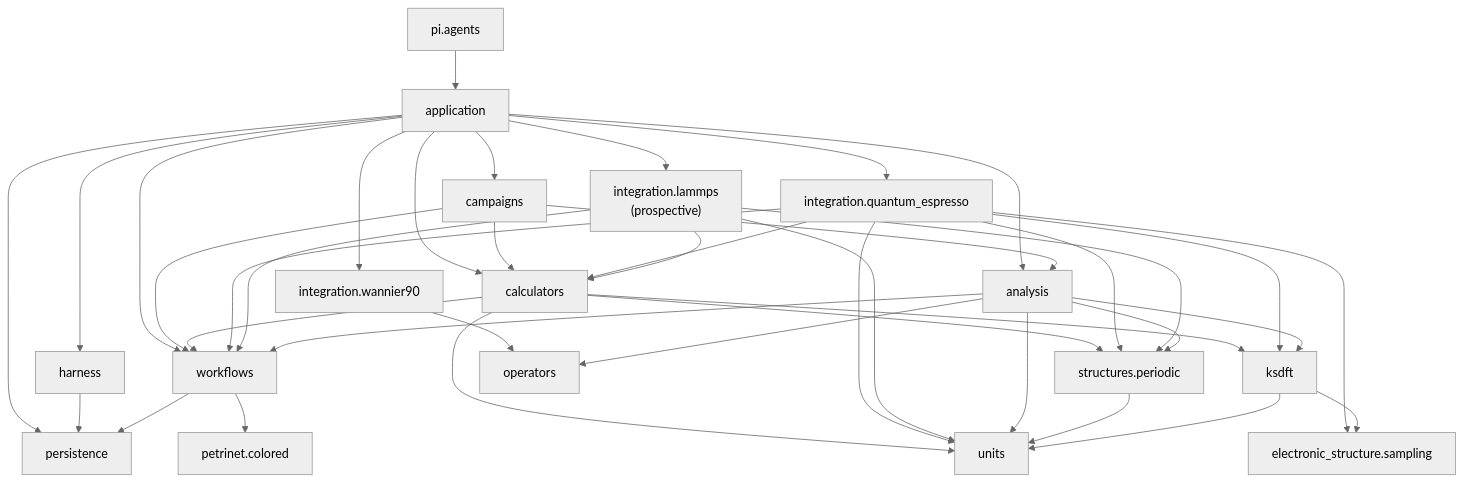
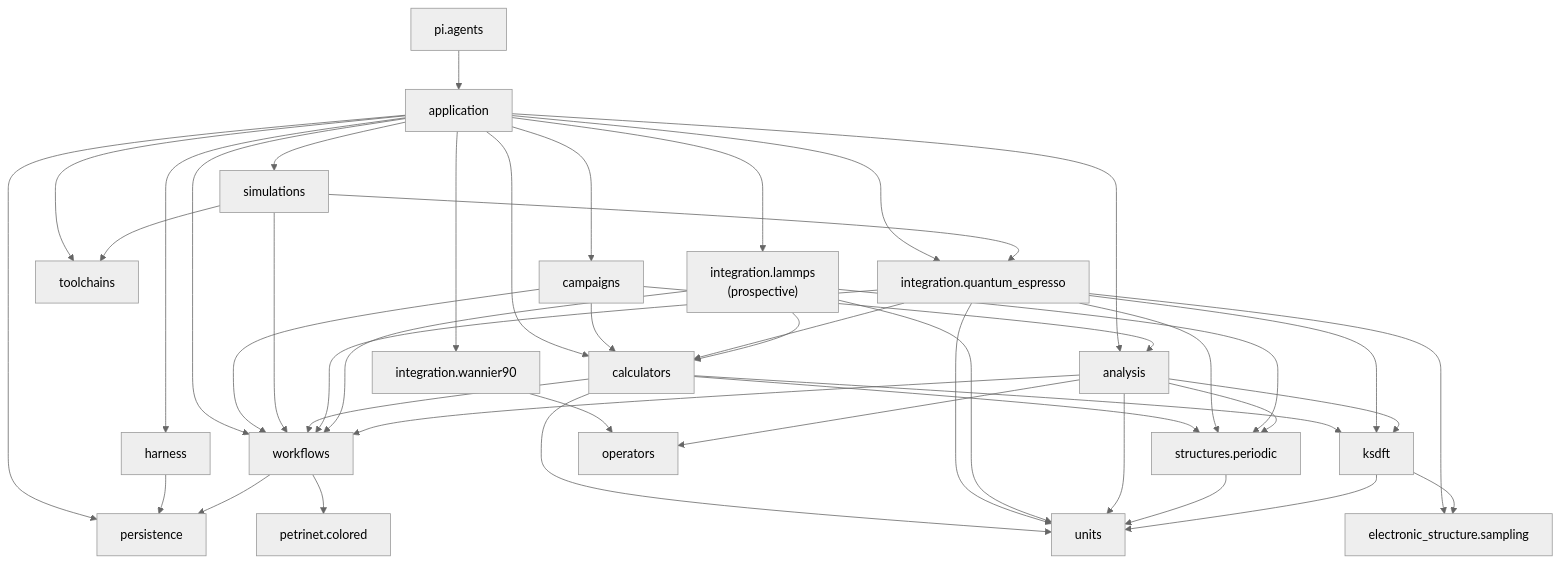
Before and after one commit to eragasa/ksdft2effmass: the diagram in docs/architecture/v2/ksdft2effmass/index.md, drawn with Mermaid (neutral theme). The commit also changed other lines of this file and 77 other files, not shown here.

````diff
--- a/docs/architecture/v2/ksdft2effmass/index.md
+++ b/docs/architecture/v2/ksdft2effmass/index.md
@@ -9,60 +9,67 @@
 ```mermaid
 flowchart TB
     app["application"]
     persistence["persistence"]
     harness["harness"]
     workflows["workflows"]
     petrinet["petrinet.colored"]
     campaigns["campaigns"]
+    simulations["simulations"]
+    toolchains["toolchains"]
     calculators["calculators"]
     qe_integration["integration.quantum_espresso"]
     wannier90_integration["integration.wannier90"]
     lammps_integration["integration.lammps<br/>(prospective)"]
     structures["structures.periodic"]
     sampling["electronic_structure.sampling"]
     units["units"]
     ksdft["ksdft"]
     operators["operators"]
     analysis["analysis"]
     pi_agents["pi.agents"]
 
     pi_agents --> app
     app --> persistence
     app --> harness
     app --> workflows
     app --> campaigns
+    app --> simulations
+    app --> toolchains
     app --> calculators
     app --> qe_integration
     app --> wannier90_integration
     app --> lammps_integration
     app --> analysis
     harness --> persistence
     workflows --> persistence
     workflows --> petrinet
     campaigns --> workflows
     campaigns --> calculators
     campaigns --> analysis
+    simulations --> workflows
+    simulations --> toolchains
+    simulations --> qe_integration
     calculators --> workflows
     calculators --> structures
     calculators --> units
     calculators --> ksdft
     qe_integration --> calculators
     qe_integration --> workflows
     qe_integration --> structures
     qe_integration --> sampling
     qe_integration --> units
     qe_integration --> ksdft
     wannier90_integration --> operators
     lammps_integration --> calculators
     lammps_integration --> workflows
     lammps_integration --> structures
     lammps_integration --> units
     analysis --> workflows
     analysis --> structures
     analysis --> units
     analysis --> ksdft
     structures --> units
     ksdft --> sampling
     ksdft --> units
     analysis --> operators
 ```
````
